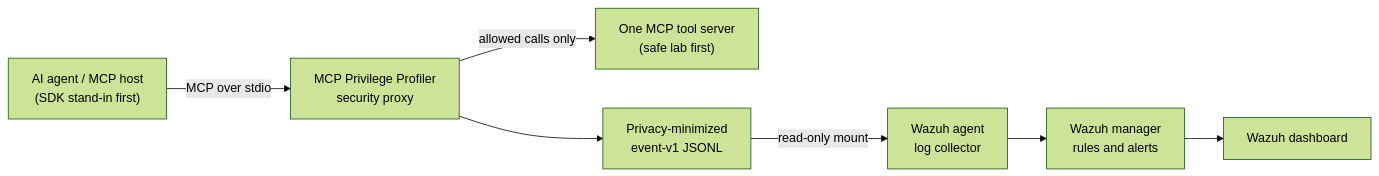
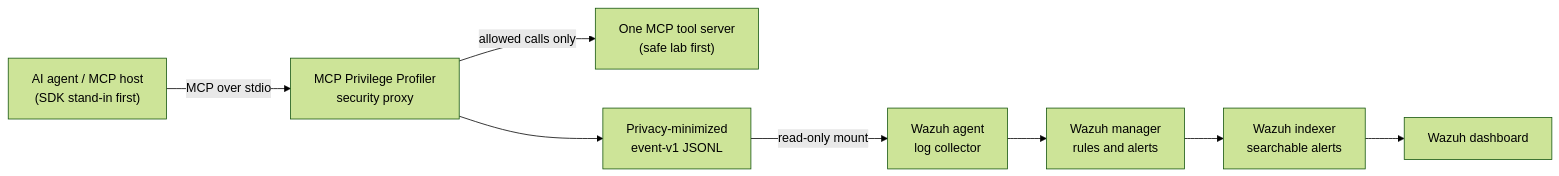
The diagram in docs/wazuh-bridge.md (Ylyass/mcp-privilege-profiler), drawn with Mermaid (forest theme) before and after one commit. The commit also changed other lines of this file and 20 other files, not shown here.

````diff
--- a/docs/wazuh-bridge.md
+++ b/docs/wazuh-bridge.md
@@ -25,17 +25,19 @@
 ```mermaid
 flowchart LR
     H["AI agent / MCP host<br/>(SDK stand-in first)"]
     P["MCP Privilege Profiler<br/>security proxy"]
     S["One MCP tool server<br/>(safe lab first)"]
     J["Privacy-minimized<br/>event-v1 JSONL"]
     A["Wazuh agent<br/>log collector"]
     M["Wazuh manager<br/>rules and alerts"]
+    I["Wazuh indexer<br/>searchable alerts"]
     D["Wazuh dashboard"]
 
     H -->|"MCP over stdio"| P
     P -->|"allowed calls only"| S
     P --> J
     J -->|"read-only mount"| A
     A --> M
-    M --> D
+    M --> I
+    I --> D
 ```
````
